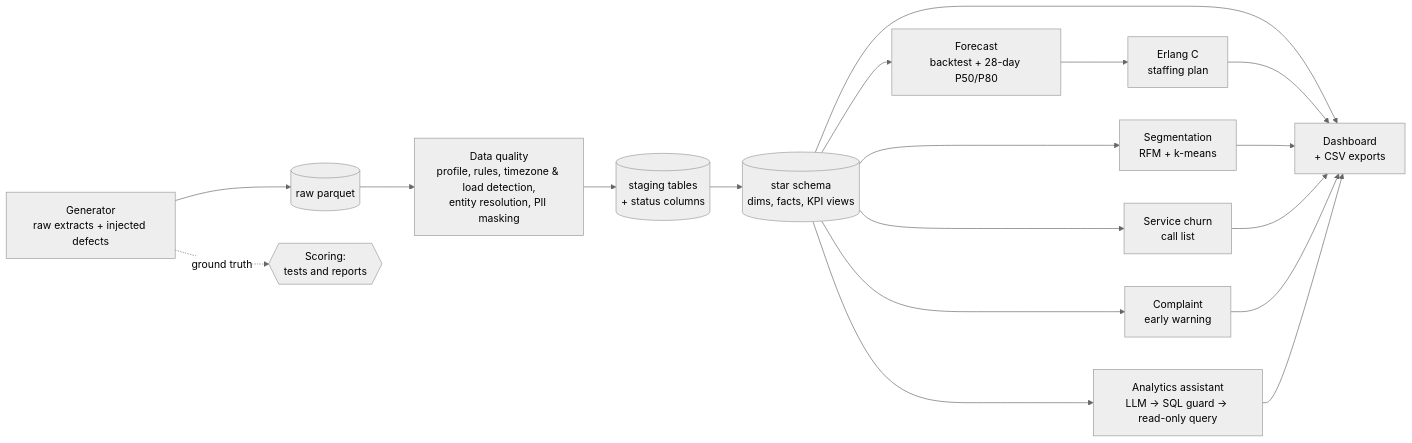
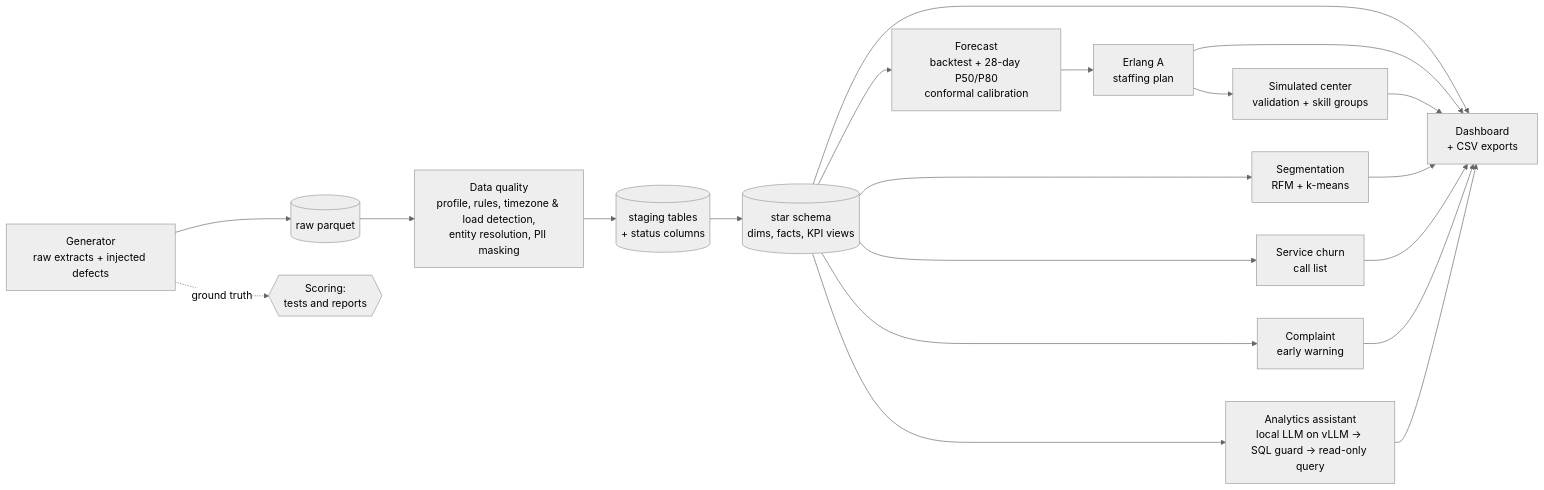
One commit to orhansonmeztr/customer-care-analytics changed the diagram in README.md. Above: the diagram before and after it, drawn with Mermaid (neutral theme). The commit also changed other lines of this file and 1 other file, not shown here.

First line of the commit message:
Bring the README front page and the dashboard up to date

````diff
--- a/README.md
+++ b/README.md
@@ -45,16 +46,17 @@
 ```mermaid
 flowchart LR
     G[Generator<br/>raw extracts + injected defects] --> R[(raw parquet)]
     R --> Q[Data quality<br/>profile, rules, timezone & load detection,<br/>entity resolution, PII masking]
     Q --> S[(staging tables<br/>+ status columns)]
     S --> W[(star schema<br/>dims, facts, KPI views)]
-    W --> F[Forecast<br/>backtest + 28-day P50/P80]
-    F --> P[Erlang C<br/>staffing plan]
+    W --> F[Forecast<br/>backtest + 28-day P50/P80<br/>conformal calibration]
+    F --> P[Erlang A<br/>staffing plan]
+    P --> SIM[Simulated center<br/>validation + skill groups]
     W --> SEG[Segmentation<br/>RFM + k-means]
     W --> C[Service churn<br/>call list]
     W --> A[Complaint<br/>early warning]
-    W & P & SEG & C & A --> D[Dashboard<br/>+ CSV exports]
-    W --> AS[Analytics assistant<br/>LLM -> SQL guard -> read-only query]
+    W & P & SIM & SEG & C & A --> D[Dashboard<br/>+ CSV exports]
+    W --> AS[Analytics assistant<br/>local LLM on vLLM -> SQL guard -> read-only query]
     AS --> D
     G -. ground truth .-> T{{Scoring:<br/>tests and reports}}
 ```
````
